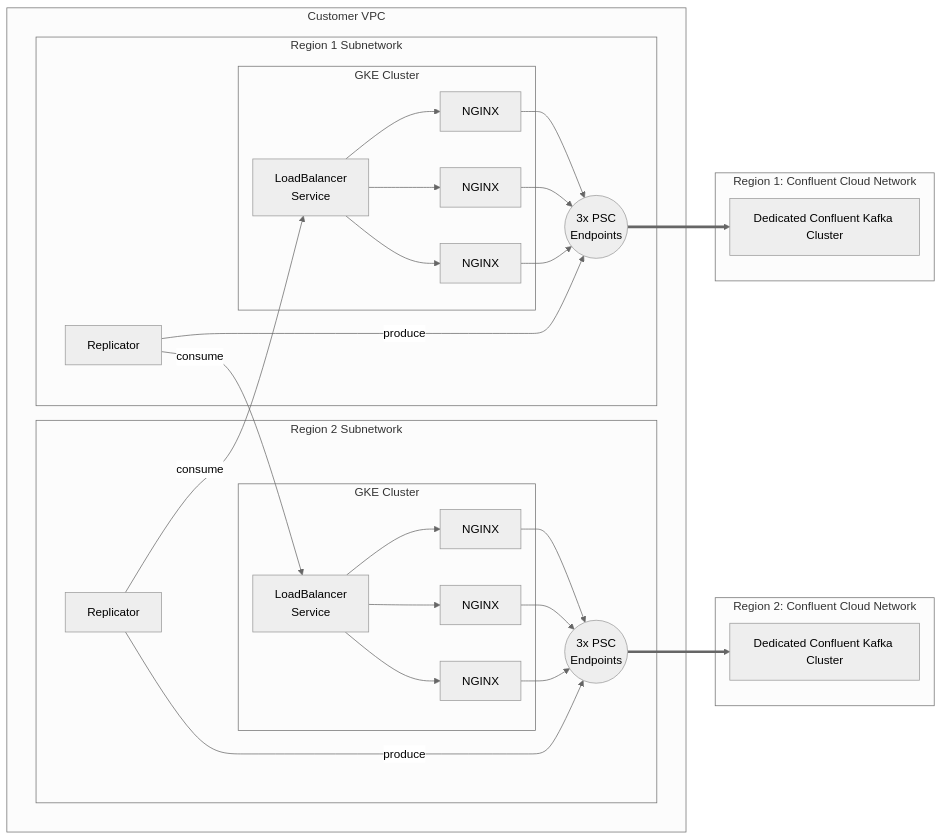
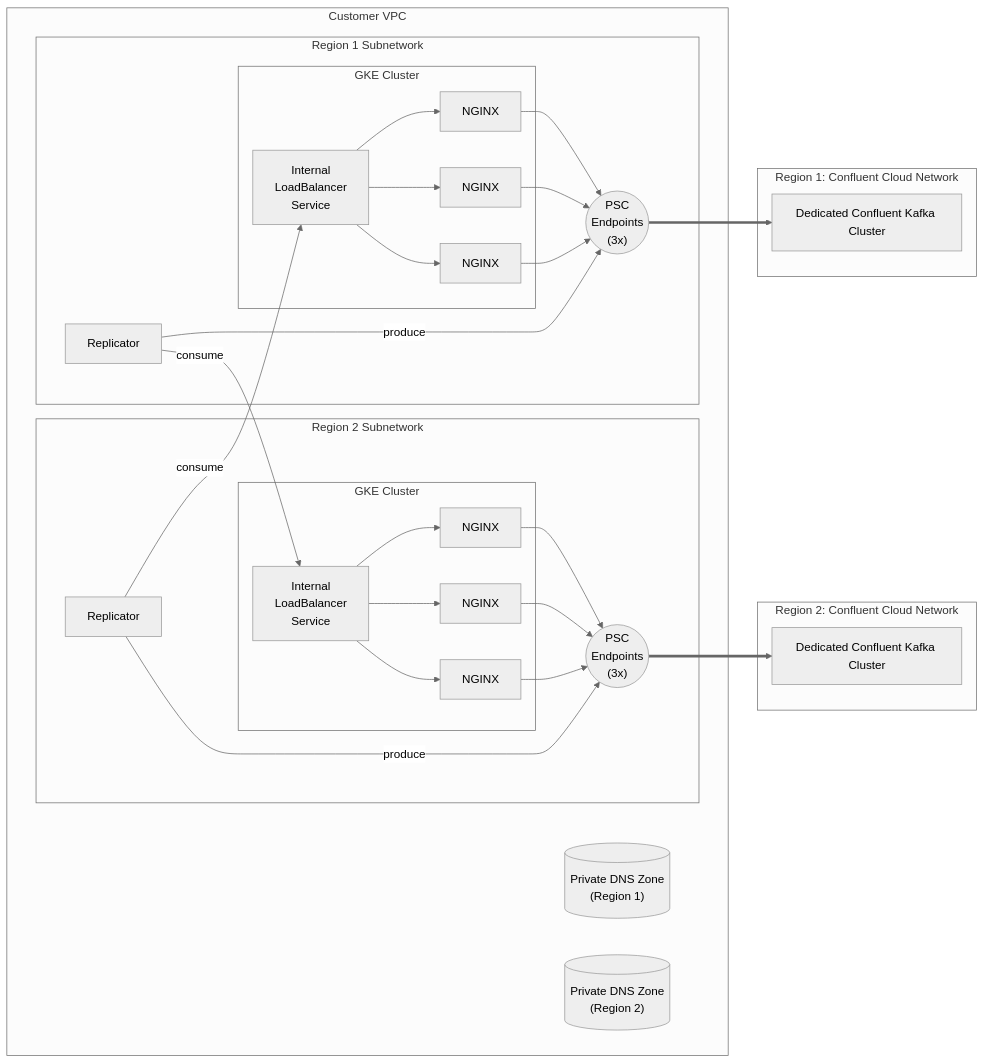
One commit to justinrlee/terraform-templates changed the diagram in cloud-networking/gcp-psc/README.md. Above: the diagram before and after it, drawn with Mermaid. The commit also changed other lines of this file and 3 other files, not shown here.

Commit message:
Refactor and add diagrams

````diff
--- a/cloud-networking/gcp-psc/README.md
+++ b/cloud-networking/gcp-psc/README.md
@@ -3,71 +4,77 @@
 ```mermaid
 %%{init: {"theme": "neutral", "logLevel": 1, "flowchart": {"rankSpacing": 40}}}%%
 flowchart LR
     K1[Dedicated Confluent Kafka Cluster]
     K2[Dedicated Confluent Kafka Cluster]
-    PSC1((3x PSC\nEndpoints))
-    PSC2((3x PSC\nEndpoints))
+    PSC1(("PSC\nEndpoints\n(3x)"))
+    PSC2(("PSC\nEndpoints\n(3x)"))
     NGINX1A[NGINX]
     NGINX1B[NGINX]
     NGINX1C[NGINX]
     NGINX2A[NGINX]
     NGINX2B[NGINX]
     NGINX2C[NGINX]
-    GLB1[LoadBalancer\nService]
-    GLB2[LoadBalancer\nService]
+    GLB1[Internal\nLoadBalancer\nService]
+    GLB2[Internal\nLoadBalancer\nService]
     R1[Replicator]
     R2[Replicator]
+
+    DNS1[("Private DNS Zone\n(Region 1)")]
+    DNS2[("Private DNS Zone\n(Region 2)")]
 
         subgraph CCN2[Region 2: Confluent Cloud Network]
             K1
         end
         subgraph CCN1[Region 1: Confluent Cloud Network]
             K2
         end
 
     classDef padding fill:none,stroke:none
 
     subgraph vpc[Customer VPC]
       subgraph pad1[ ]
         subgraph SN1[Region 2 Subnetwork]
             subgraph pad2[ ]
               R1
               subgraph GKE1[GKE Cluster]
-                  GLB1
-                      NGINX1A
-                      NGINX1B
-                      NGINX1C
+                GLB1
+                NGINX1A
+                NGINX1B
+                NGINX1C
               end
               PSC1
             end
         end
         subgraph SN2[Region 1 Subnetwork]
           subgraph pad3[ ]
             R2
             subgraph GKE2[GKE Cluster]
-                GLB2
-                    NGINX2A
-                    NGINX2B
-                    NGINX2C
+              GLB2
+              NGINX2A
+              NGINX2B
+              NGINX2C
             end
             PSC2
           end
         end
       end
+      
+      DNS1
+      DNS2
     end
 
     class pad1,pad2,pad3 padding
 
 
     GLB1 --> NGINX1A & NGINX1B & NGINX1C --> PSC1
     GLB2 --> NGINX2A & NGINX2B & NGINX2C --> PSC2
 
     PSC1 ==> K1
     PSC2 ==> K2
 
     R1 -- produce --> PSC1
     R1 -- consume --> GLB2
 
     R2 -- consume --> GLB1
     R2 -- produce --> PSC2
 ```
````
